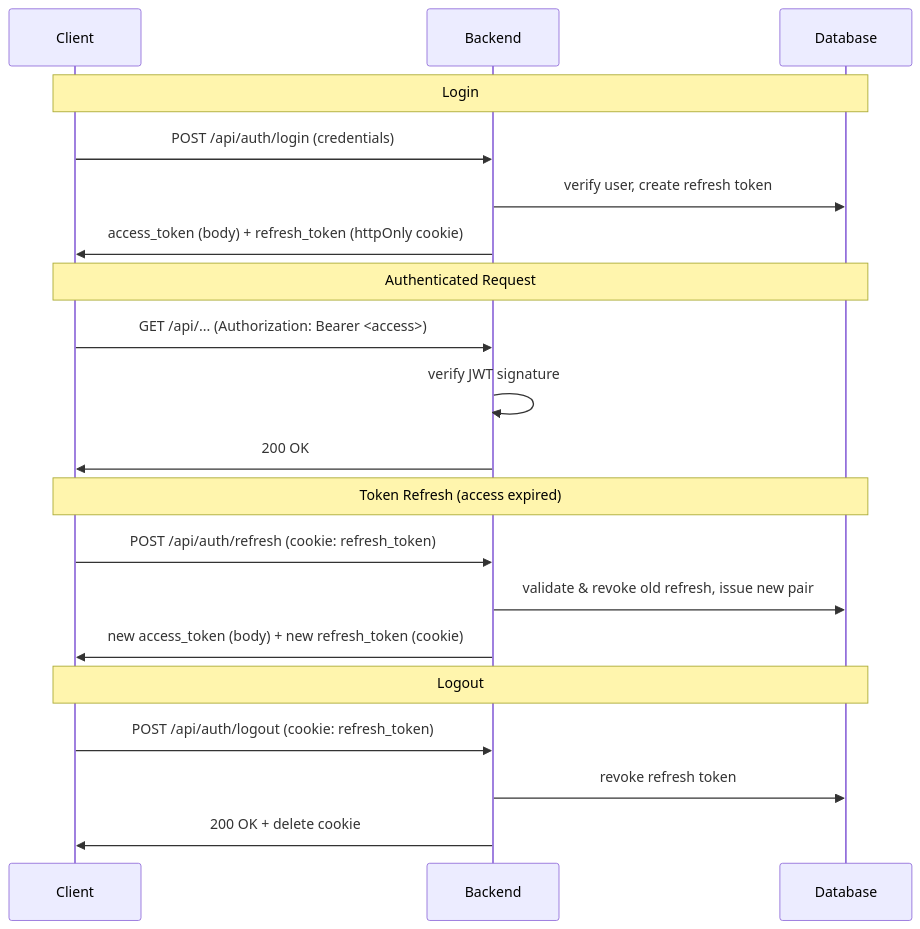
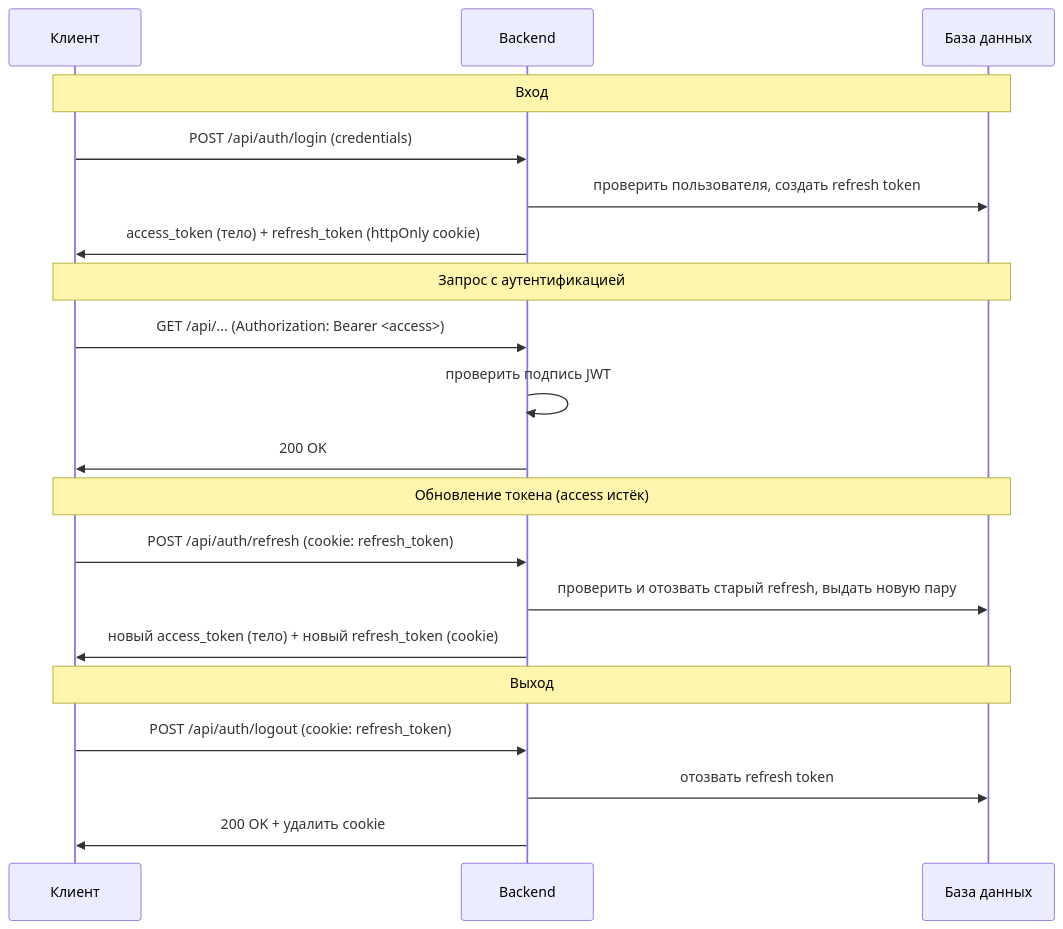
One commit to Bbar0n234/learnflow-ai changed the first of 3 diagrams in doc/tech/auth.md. Above: the diagram before and after it, drawn with Mermaid. The commit also changed other lines of this file and 1 other file, not shown here.

````diff
--- a/doc/tech/auth.md
+++ b/doc/tech/auth.md
@@ -20,26 +20,26 @@
 ```mermaid
 sequenceDiagram
-    participant C as Client
+    participant C as Клиент
     participant B as Backend
-    participant DB as Database
+    participant DB as База данных
 
-    Note over C,DB: Login
+    Note over C,DB: Вход
     C->>B: POST /api/auth/login (credentials)
-    B->>DB: verify user, create refresh token
-    B->>C: access_token (body) + refresh_token (httpOnly cookie)
+    B->>DB: проверить пользователя, создать refresh token
+    B->>C: access_token (тело) + refresh_token (httpOnly cookie)
 
-    Note over C,DB: Authenticated Request
+    Note over C,DB: Запрос с аутентификацией
     C->>B: GET /api/... (Authorization: Bearer <access>)
-    B->>B: verify JWT signature
+    B->>B: проверить подпись JWT
     B->>C: 200 OK
 
-    Note over C,DB: Token Refresh (access expired)
+    Note over C,DB: Обновление токена (access истёк)
     C->>B: POST /api/auth/refresh (cookie: refresh_token)
-    B->>DB: validate & revoke old refresh, issue new pair
-    B->>C: new access_token (body) + new refresh_token (cookie)
+    B->>DB: проверить и отозвать старый refresh, выдать новую пару
+    B->>C: новый access_token (тело) + новый refresh_token (cookie)
 
-    Note over C,DB: Logout
+    Note over C,DB: Выход
     C->>B: POST /api/auth/logout (cookie: refresh_token)
-    B->>DB: revoke refresh token
-    B->>C: 200 OK + delete cookie
+    B->>DB: отозвать refresh token
+    B->>C: 200 OK + удалить cookie
 ```
````
